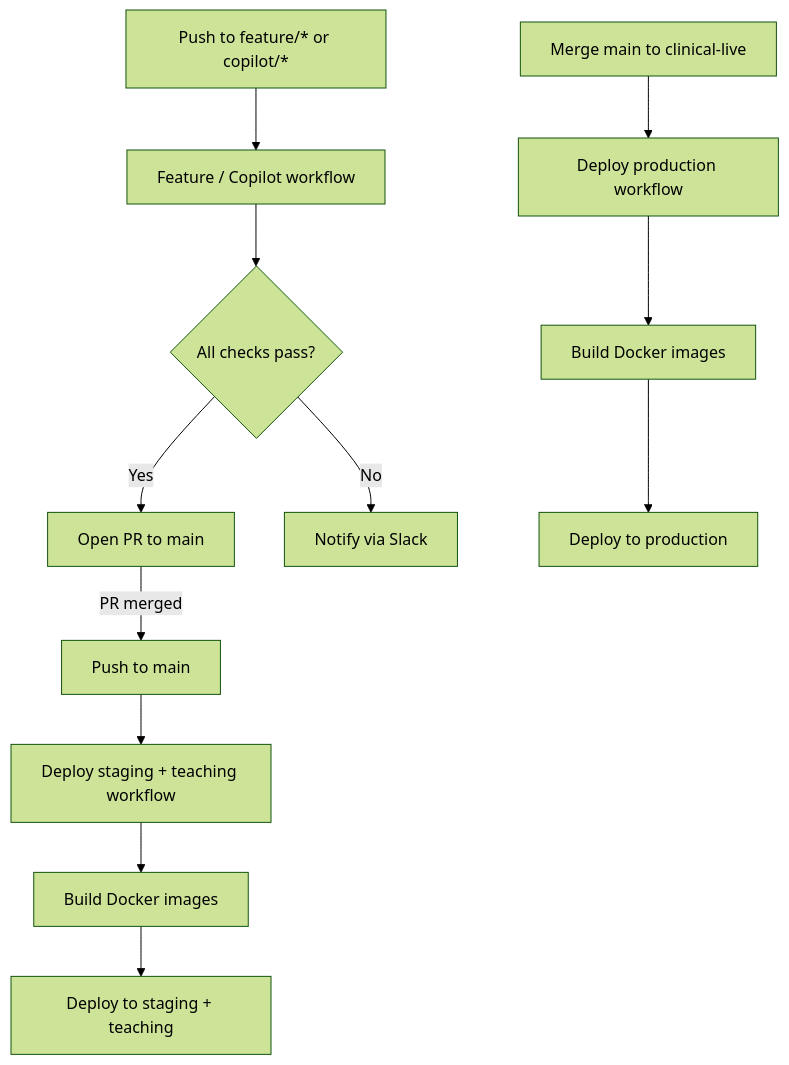
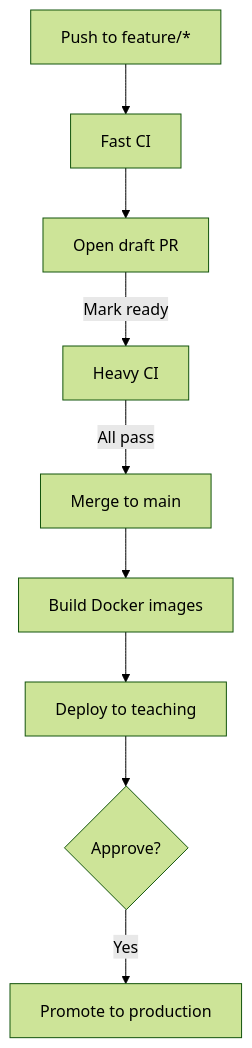
One commit to bailey-medics/quillmedical changed the second of 2 diagrams in docs/docs/cicd/index.md. Above: the diagram before and after it, drawn with Mermaid (forest theme). The commit also changed other lines of this file and 2 other files, not shown here.

````diff
--- a/docs/docs/cicd/index.md
+++ b/docs/docs/cicd/index.md
@@ -25,14 +25,11 @@
 ```mermaid
 graph TD
-    A["Push to feature/* or copilot/*"] --> B[Feature / Copilot workflow]
-    B --> C{All checks pass?}
-    C -->|Yes| D[Open PR to main]
-    C -->|No| E[Notify via Slack]
-    D -->|PR merged| F[Push to main]
-    F --> G[Deploy staging + teaching workflow]
-    G --> H[Build Docker images]
-    H --> I[Deploy to staging + teaching]
-    J[Merge main to clinical-live] --> K[Deploy production workflow]
-    K --> L[Build Docker images]
-    L --> M[Deploy to production]
+    A["Push to feature/*"] --> B[Fast CI]
+    B --> C[Open draft PR]
+    C -->|Mark ready| D[Heavy CI]
+    D -->|All pass| E[Merge to main]
+    E --> F[Build Docker images]
+    F --> G[Deploy to teaching]
+    G --> H{Approve?}
+    H -->|Yes| I[Promote to production]
 ```
````
